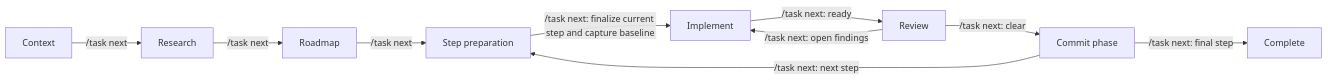
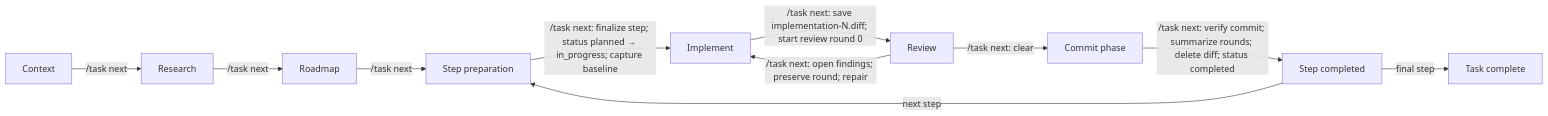
Before and after one commit to vladimir-popov/dotfiles: the diagram in .pi/agent/extensions/task-workflow/README.md, drawn with Mermaid. The commit also changed other lines of this file and 1 other file, not shown here.

Commit message:
task-workflow-v2

````diff
--- a/.pi/agent/extensions/task-workflow/README.md
+++ b/.pi/agent/extensions/task-workflow/README.md
@@ -11,12 +13,13 @@
 ```mermaid
 flowchart LR
     A["Context"] -->|/task next| B["Research"]
     B -->|/task next| C["Roadmap"]
     C -->|/task next| D["Step preparation"]
-    D -->|/task next: finalize current step and capture baseline| E["Implement"]
-    E -->|/task next: ready| F["Review"]
-    F -->|/task next: open findings| E
+    D -->|/task next: finalize step; status planned → in_progress; capture baseline| E["Implement"]
+    E -->|/task next: save implementation-N.diff; start review round 0| F["Review"]
+    F -->|/task next: open findings; preserve round; repair| E
     F -->|/task next: clear| G["Commit phase"]
-    G -->|/task next: next step| D
-    G -->|/task next: final step| H["Complete"]
+    G -->|/task next: verify commit; summarize rounds; delete diff; status completed| H["Step completed"]
+    H -->|next step| D
+    H -->|final step| I["Task complete"]
 ```
````
